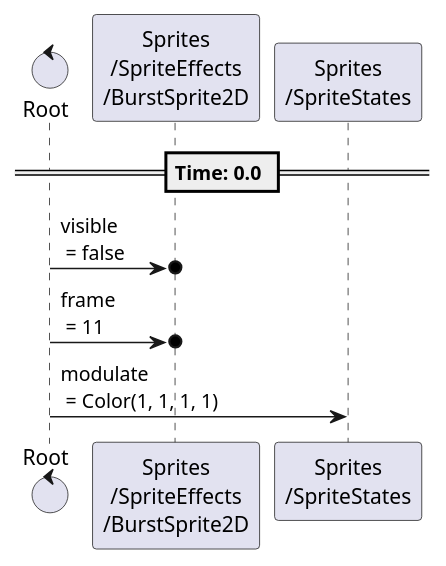
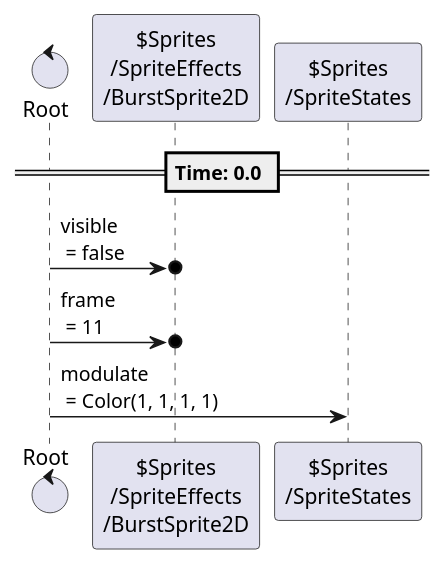
Diagram 11 of 11 in content/scenes/src/player/player.tscn.adoc (tkmfujise/Platformer-Game-Learning), drawn with PlantUML before and after one commit. The commit also changed other lines of this file and 31 other files, not shown here.

Commit message:
Add prefix $ to node name in animation sequences

```diff
--- a/content/scenes/src/player/player.tscn.adoc
+++ b/content/scenes/src/player/player.tscn.adoc
@@ -744,15 +744,15 @@
 [plantuml]
 ....
-control "Root" as Root
-participant "Sprites\n/SpriteEffects\n/BurstSprite2D" as T0
-participant "Sprites\n/SpriteStates" as T2
+control "Root" as R
+participant "$Sprites\n/SpriteEffects\n/BurstSprite2D" as T0
+participant "$Sprites\n/SpriteStates" as T2
 
 
 
 == Time: 0.0 ==
-Root  ->o  T0 : visible\n = false
-Root  ->o  T0 : frame\n = 11
-Root  ->  T2 : modulate\n = Color(1, 1, 1, 1)
+R  ->o  T0 : visible\n = false
+R  ->o  T0 : frame\n = 11
+R  ->  T2 : modulate\n = Color(1, 1, 1, 1)
 
 
 ....
```
